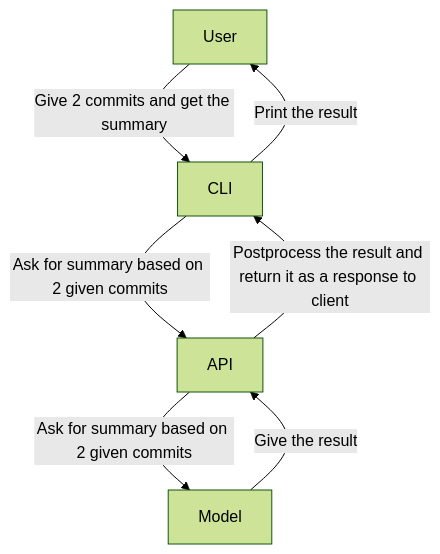
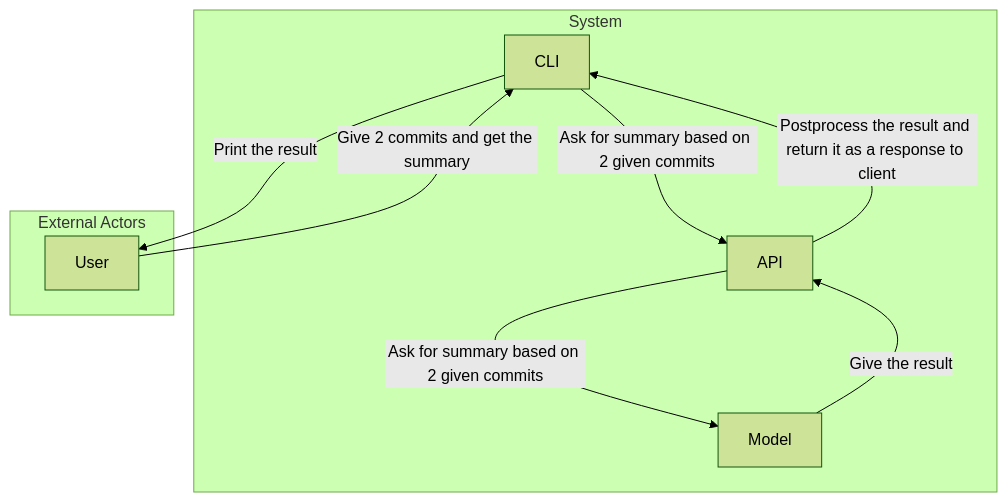
The first of 2 diagrams in docs/architecture/architecture.md (AutoRepoReviewITPD/AutoRepoReview), drawn with Mermaid (forest theme) before and after one commit. The commit also changed other lines of this file, not shown here.

````diff
--- a/docs/architecture/architecture.md
+++ b/docs/architecture/architecture.md
@@ -3,11 +3,21 @@
 ```mermaid
 
 graph TD
+    subgraph "System"
+        CLI
+        Model
+        API
+    end
+
+    subgraph "External Actors"
+        User
+    end
+
     User -->|Give 2 commits and get the summary| CLI
     CLI -->|Ask for summary based on 2 given commits| API
     API -->|Ask for summary based on 2 given commits| Model
 
     Model -->|Give the result| API
     API -->|Postprocess the result and return it as a response to client| CLI
     CLI -->|Print the result| User
 ```
````
